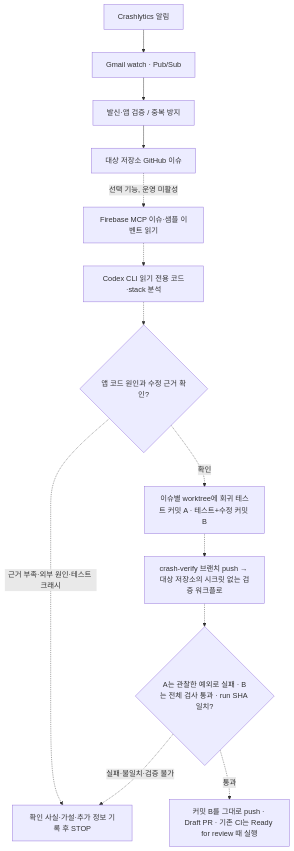
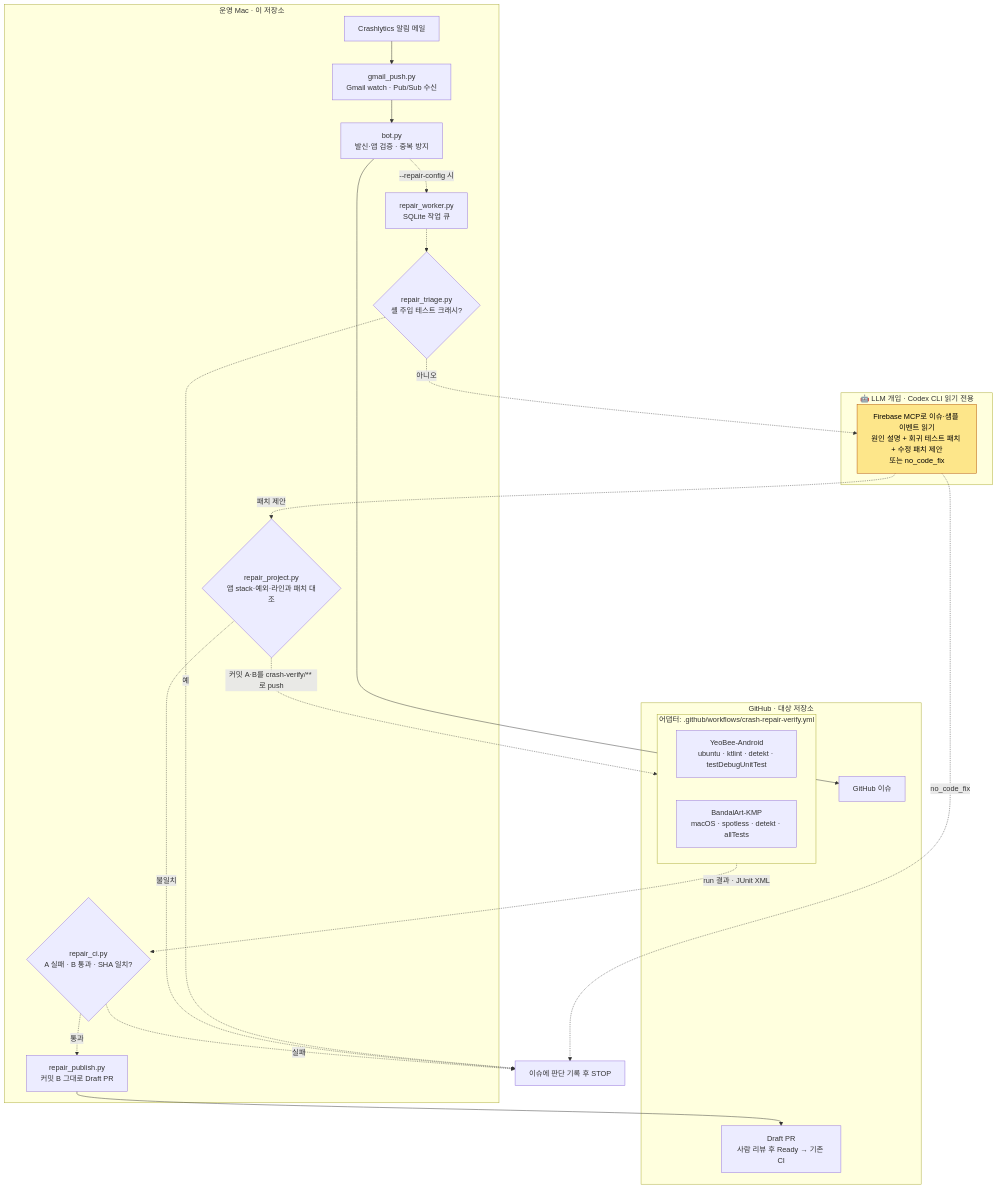
Before and after one commit to easyhooon/personal-crashlytics-bot: the diagram in README.md, drawn with Mermaid. The commit also changed other lines of this file, not shown here.

Commit message:
docs: show LLM step and per-repo verify adapters in architecture

````diff
--- a/README.md
+++ b/README.md
@@ -19,15 +19,41 @@
 ```mermaid
 flowchart TD
-    A[Crashlytics 알림] --> B[Gmail watch · Pub/Sub]
-    B --> C[발신·앱 검증 / 중복 방지]
-    C --> D[대상 저장소 GitHub 이슈]
-    D -. 선택 기능, 운영 미활성 .-> E[Firebase MCP 이슈·샘플 이벤트 읽기]
-    E -.-> F[Codex CLI 읽기 전용 코드·stack 분석]
-    F -.-> G{앱 코드 원인과 수정 근거 확인?}
-    G -. 근거 부족·외부 원인·테스트 크래시 .-> S[확인 사실·가설·추가 정보 기록 후 STOP]
-    G -. 확인 .-> H[이슈별 worktree에 회귀 테스트 커밋 A · 테스트+수정 커밋 B]
-    H -.-> I[crash-verify 브랜치 push → 대상 저장소의 시크릿 없는 검증 워크플로]
-    I -.-> K{A는 관찰한 예외로 실패 · B는 전체 검사 통과 · run SHA 일치?}
-    K -. 실패·불일치·검증 불가 .-> S
-    K -. 통과 .-> J[커밋 B를 그대로 push · Draft PR · 기존 CI는 Ready for review 때 실행]
+    subgraph MAC["운영 Mac · 이 저장소"]
+        A["Crashlytics 알림 메일"] --> B["gmail_push.py<br/>Gmail watch · Pub/Sub 수신"]
+        B --> C["bot.py<br/>발신·앱 검증 · 중복 방지"]
+        W["repair_worker.py<br/>SQLite 작업 큐"]
+        T{"repair_triage.py<br/>셸 주입 테스트 크래시?"}
+        G{"repair_project.py<br/>앱 stack·예외·라인과 패치 대조"}
+        V{"repair_ci.py<br/>A 실패 · B 통과 · SHA 일치?"}
+        P["repair_publish.py<br/>커밋 B 그대로 Draft PR"]
+    end
+
+    subgraph LLM["🤖 LLM 개입 · Codex CLI 읽기 전용"]
+        F["Firebase MCP로 이슈·샘플 이벤트 읽기<br/>원인 설명 + 회귀 테스트 패치 + 수정 패치 제안<br/>또는 no_code_fix"]
+    end
+
+    subgraph GH["GitHub · 대상 저장소"]
+        D["GitHub 이슈"]
+        subgraph AD["어댑터: .github/workflows/crash-repair-verify.yml"]
+            YB["YeoBee-Android<br/>ubuntu · ktlint · detekt · testDebugUnitTest"]
+            BA["BandalArt-KMP<br/>macOS · spotless · detekt · allTests"]
+        end
+        PR["Draft PR<br/>사람 리뷰 후 Ready → 기존 CI"]
+    end
+
+    C --> D
+    C -. "--repair-config 시" .-> W
+    W -.-> T
+    T -. 예 .-> S["이슈에 판단 기록 후 STOP"]
+    T -. 아니오 .-> F
+    F -. no_code_fix .-> S
+    F -. 패치 제안 .-> G
+    G -. 불일치 .-> S
+    G -. "커밋 A·B를 crash-verify/** 로 push" .-> AD
+    AD -. "run 결과 · JUnit XML" .-> V
+    V -. 실패 .-> S
+    V -. 통과 .-> P --> PR
+
+    classDef llm fill:#fde68a,stroke:#b45309,color:#000
+    class F llm
 ```
````
